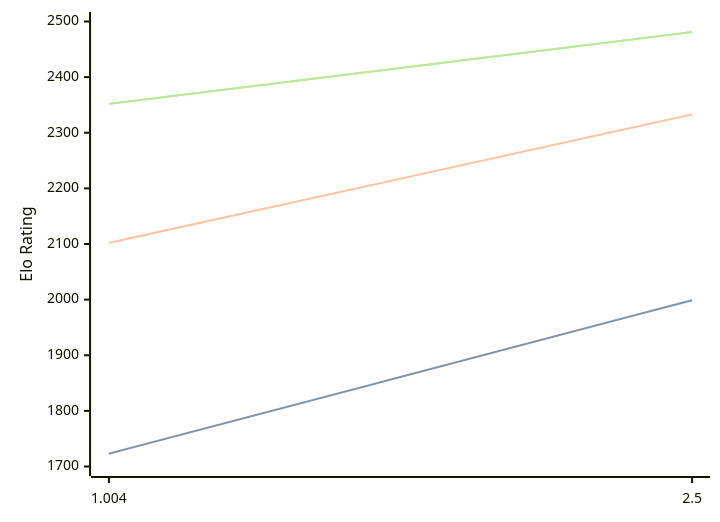
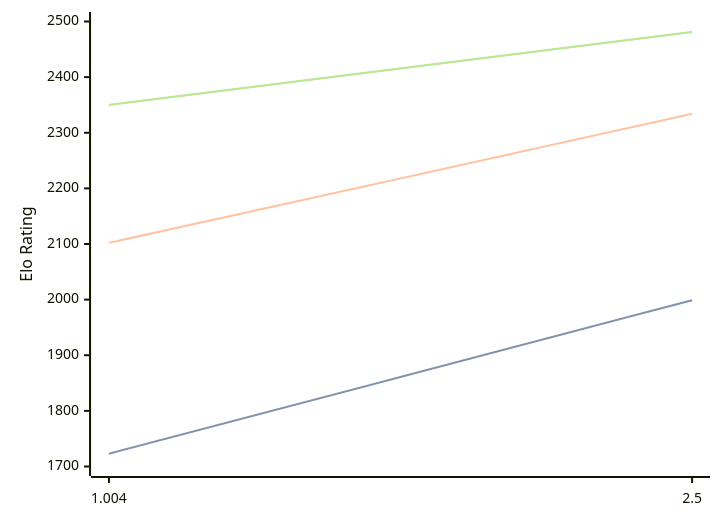
One commit to computer-chess-index/cci changed the diagram in engines/Ares.md. Above: the diagram before and after it, drawn with Mermaid. The commit also changed other lines of this file, not shown here.

Commit message:
Update CCI Ratings (ELO VLTC) - 2026-03-22

````diff
--- a/engines/Ares.md
+++ b/engines/Ares.md
@@ -32,11 +32,11 @@
 ```mermaid
 %%{init: {"theme":"base","themeVariables":{"seriesColors:['#a3a3a3','#222221','#faa371']}}}%%
 xychart-beta
   x-axis ["1.004", "2.5"]
   y-axis "Elo Rating" 1700 --> 2500
   line "STC (8.0+0.08s)" [1723, 1999]
   line "STC (8.0+0.08s)" [1723, 1999]
-  line "LTC (60.0+0.60s)" [2102, 2333]
-  line "VLTC (2m24s+1.12s)" [2352, 2481]
-  line "VLTC (2m24s+1.12s)" [2352, 2481]
+  line "LTC (60.0+0.60s)" [2102, 2334]
+  line "VLTC (2m24s+1.12s)" [2350, 2481]
+  line "VLTC (2m24s+1.12s)" [2350, 2481]
 ```
````
